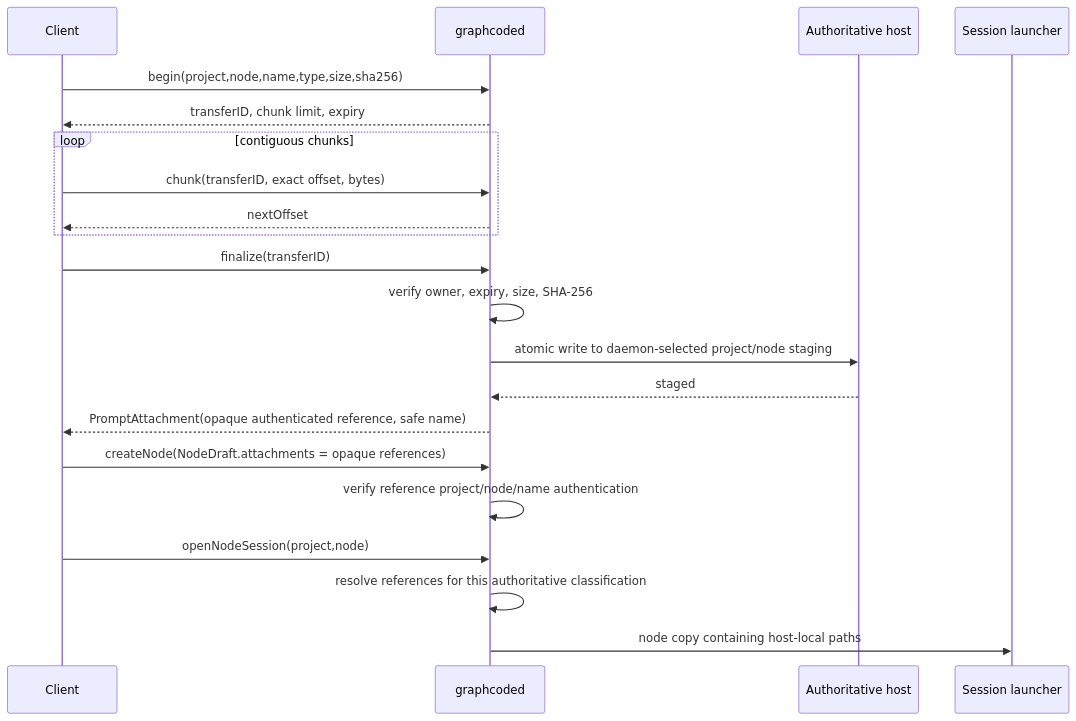
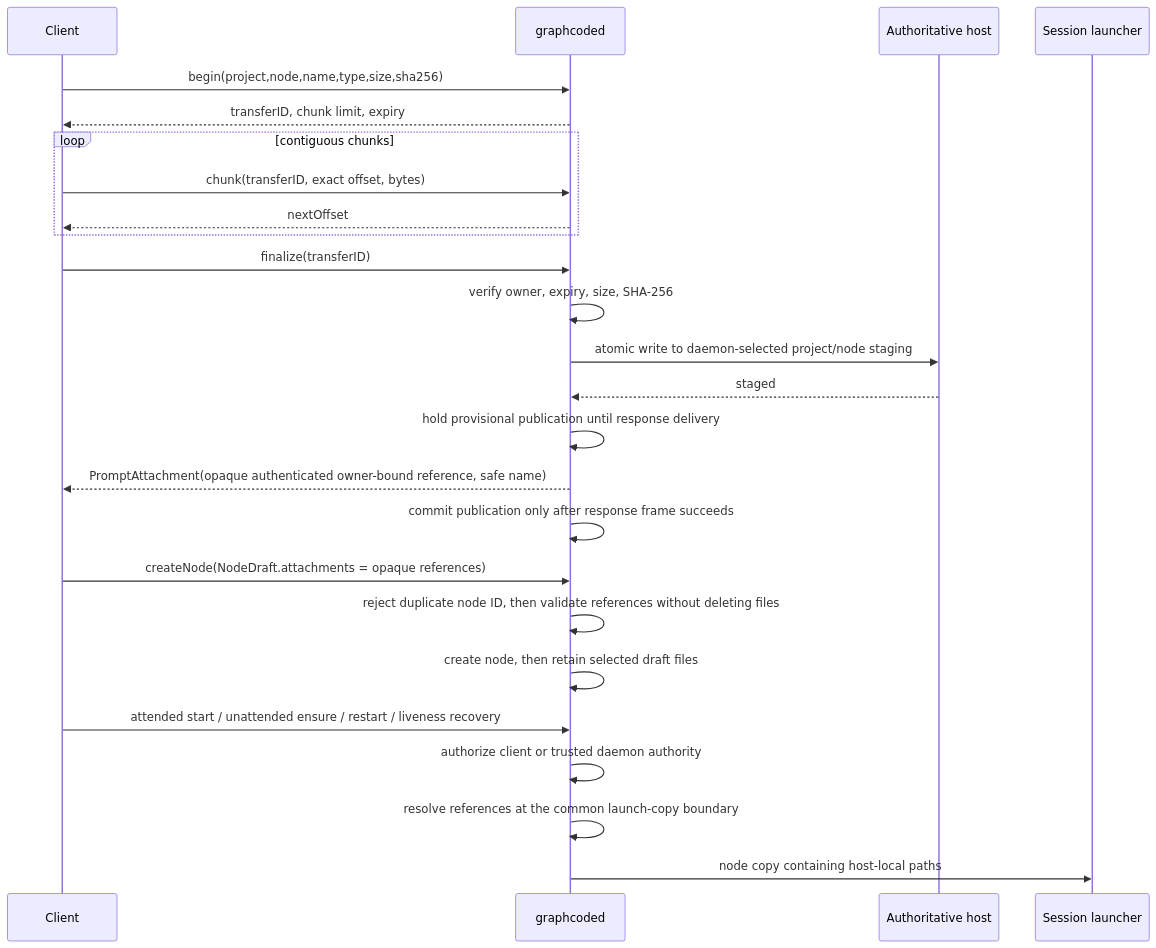
The second of 2 diagrams in investigation/contracts/remote-assets.md (simra/GraphCode), drawn with Mermaid before and after one commit. The commit also changed other lines of this file and 8 other files, not shown here.

````diff
--- a/investigation/contracts/remote-assets.md
+++ b/investigation/contracts/remote-assets.md
@@ -51,23 +56,27 @@
 ```mermaid
 sequenceDiagram
   participant C as Client
   participant D as graphcoded
   participant H as Authoritative host
   participant L as Session launcher
   C->>D: begin(project,node,name,type,size,sha256)
   D-->>C: transferID, chunk limit, expiry
   loop contiguous chunks
     C->>D: chunk(transferID, exact offset, bytes)
     D-->>C: nextOffset
   end
   C->>D: finalize(transferID)
   D->>D: verify owner, expiry, size, SHA-256
   D->>H: atomic write to daemon-selected project/node staging
   H-->>D: staged
-  D-->>C: PromptAttachment(opaque authenticated reference, safe name)
+  D->>D: hold provisional publication until response delivery
+  D-->>C: PromptAttachment(opaque authenticated owner-bound reference, safe name)
+  D->>D: commit publication only after response frame succeeds
   C->>D: createNode(NodeDraft.attachments = opaque references)
-  D->>D: verify reference project/node/name authentication
-  C->>D: openNodeSession(project,node)
-  D->>D: resolve references for this authoritative classification
+  D->>D: reject duplicate node ID, then validate references without deleting files
+  D->>D: create node, then retain selected draft files
+  C->>D: attended start / unattended ensure / restart / liveness recovery
+  D->>D: authorize client or trusted daemon authority
+  D->>D: resolve references at the common launch-copy boundary
   D->>L: node copy containing host-local paths
 ```
````
